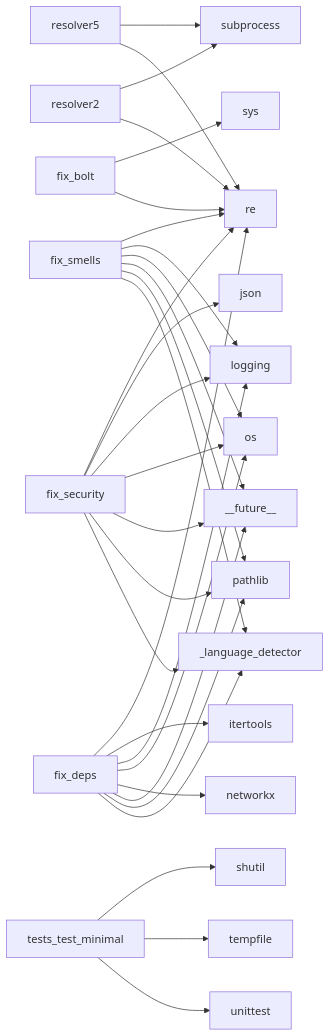
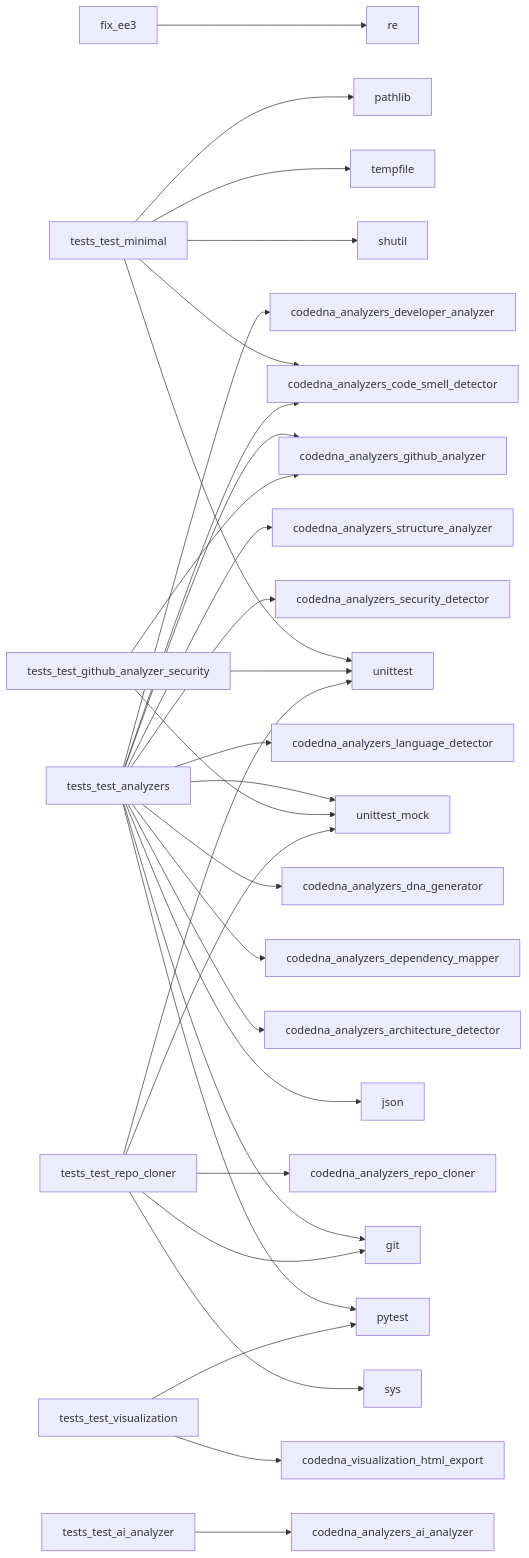
Before and after one commit to shenald-dev/codedna: the diagram in reports/dna_report.md, drawn with Mermaid. The commit also changed other lines of this file and 28 other files, not shown here.

````diff
--- a/reports/dna_report.md
+++ b/reports/dna_report.md
@@ -50,33 +50,33 @@
 ```mermaid
 graph LR
-    resolver5 --> subprocess
-    resolver5 --> re
-    resolver2 --> subprocess
-    resolver2 --> re
-    fix_bolt --> sys
-    fix_bolt --> re
-    fix_smells --> re
-    fix_smells --> logging
-    fix_smells --> os
-    fix_smells --> __future__
-    fix_smells --> pathlib
-    fix_smells --> _language_detector
-    fix_deps --> re
-    fix_deps --> itertools
-    fix_deps --> logging
-    fix_deps --> os
-    fix_deps --> networkx
-    fix_deps --> __future__
-    fix_deps --> pathlib
-    fix_deps --> _language_detector
-    fix_security --> re
-    fix_security --> json
-    fix_security --> logging
-    fix_security --> os
-    fix_security --> __future__
-    fix_security --> pathlib
-    fix_security --> _language_detector
+    fix_ee3 --> re
     tests_test_minimal --> shutil
     tests_test_minimal --> tempfile
     tests_test_minimal --> unittest
+    tests_test_minimal --> pathlib
+    tests_test_minimal --> codedna_analyzers_code_smell_detector
+    tests_test_analyzers --> pytest
+    tests_test_analyzers --> git
+    tests_test_analyzers --> json
+    tests_test_analyzers --> codedna_analyzers_architecture_detector
+    tests_test_analyzers --> codedna_analyzers_code_smell_detector
+    tests_test_analyzers --> codedna_analyzers_dependency_mapper
+    tests_test_analyzers --> codedna_analyzers_dna_generator
+    tests_test_analyzers --> codedna_analyzers_github_analyzer
+    tests_test_analyzers --> codedna_analyzers_language_detector
+    tests_test_analyzers --> codedna_analyzers_security_detector
+    tests_test_analyzers --> codedna_analyzers_structure_analyzer
+    tests_test_analyzers --> unittest_mock
+    tests_test_analyzers --> codedna_analyzers_developer_analyzer
+    tests_test_visualization --> pytest
+    tests_test_visualization --> codedna_visualization_html_export
+    tests_test_github_analyzer_security --> unittest
+    tests_test_github_analyzer_security --> unittest_mock
+    tests_test_github_analyzer_security --> codedna_analyzers_github_analyzer
+    tests_test_ai_analyzer --> codedna_analyzers_ai_analyzer
+    tests_test_repo_cloner --> sys
+    tests_test_repo_cloner --> unittest
+    tests_test_repo_cloner --> git
+    tests_test_repo_cloner --> unittest_mock
+    tests_test_repo_cloner --> codedna_analyzers_repo_cloner
 ```
````
